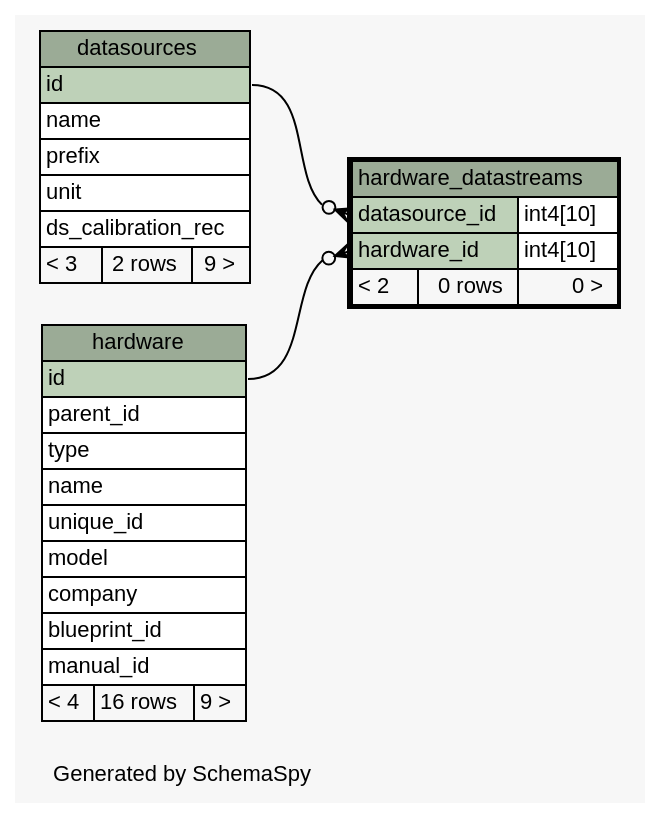
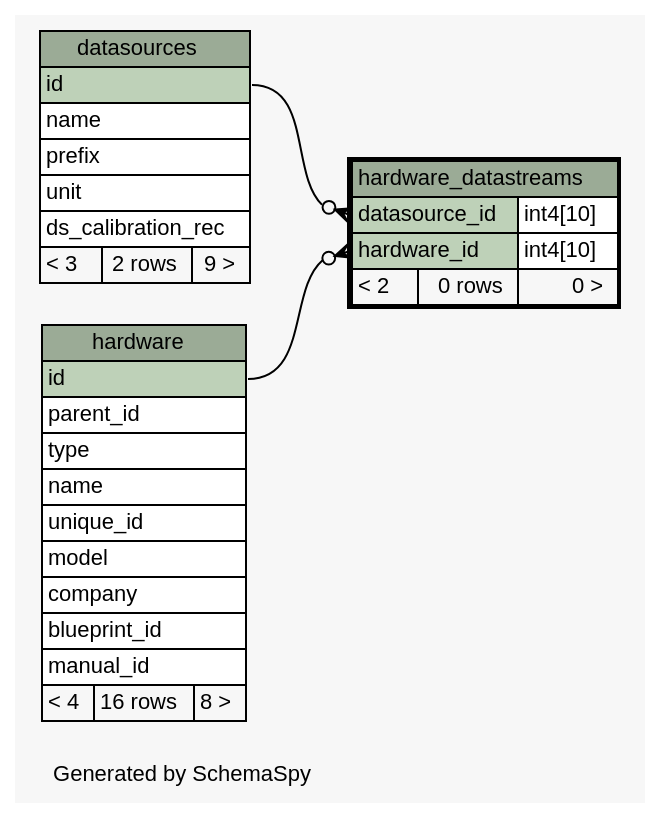
The diagram in database/ss/diagrams/hardware_datastreams.1degree.dot (tgbugs/mlab), drawn with Graphviz before and after one commit. The commit also changed 215 other files, not shown here.

```diff
--- a/database/ss/diagrams/hardware_datastreams.1degree.dot
+++ b/database/ss/diagrams/hardware_datastreams.1degree.dot
@@ -1,67 +1,67 @@
 // dot 2.32.0 on Windows 7 6.1
 // SchemaSpy rev 590
 digraph "oneDegreeRelationshipsDiagram" {
   graph [
     rankdir="RL"
     bgcolor="#f7f7f7"
     label="\nGenerated by SchemaSpy"
     labeljust="l"
     nodesep="0.18"
     ranksep="0.46"
     fontname="Helvetica"
     fontsize="11"
   ];
   node [
     fontname="Helvetica"
     fontsize="11"
     shape="plaintext"
   ];
   edge [
     arrowsize="0.8"
   ];
   "hardware_datastreams":"datasource_id":w -> "datasources":"id":e [arrowhead=none dir=back arrowtail=crowodot];
   "hardware_datastreams":"hardware_id":w -> "hardware":"id":e [arrowhead=none dir=back arrowtail=crowodot];
   "datasources" [
     label=<
     <TABLE BORDER="0" CELLBORDER="1" CELLSPACING="0" BGCOLOR="#ffffff">
       <TR><TD COLSPAN="3" BGCOLOR="#9bab96" ALIGN="CENTER">datasources</TD></TR>
       <TR><TD PORT="id" COLSPAN="3" BGCOLOR="#bed1b8" ALIGN="LEFT">id</TD></TR>
       <TR><TD PORT="name" COLSPAN="3" ALIGN="LEFT">name</TD></TR>
       <TR><TD PORT="prefix" COLSPAN="3" ALIGN="LEFT">prefix</TD></TR>
       <TR><TD PORT="unit" COLSPAN="3" ALIGN="LEFT">unit</TD></TR>
       <TR><TD PORT="ds_calibration_rec" COLSPAN="3" ALIGN="LEFT">ds_calibration_rec</TD></TR>
       <TR><TD ALIGN="LEFT" BGCOLOR="#f7f7f7">&lt; 3</TD><TD ALIGN="RIGHT" BGCOLOR="#f7f7f7">2 rows</TD><TD ALIGN="RIGHT" BGCOLOR="#f7f7f7">9 &gt;</TD></TR>
     </TABLE>>
     URL="datasources.html"
     tooltip="datasources"
   ];
   "hardware" [
     label=<
     <TABLE BORDER="0" CELLBORDER="1" CELLSPACING="0" BGCOLOR="#ffffff">
       <TR><TD COLSPAN="3" BGCOLOR="#9bab96" ALIGN="CENTER">hardware</TD></TR>
       <TR><TD PORT="id" COLSPAN="3" BGCOLOR="#bed1b8" ALIGN="LEFT">id</TD></TR>
       <TR><TD PORT="parent_id" COLSPAN="3" ALIGN="LEFT">parent_id</TD></TR>
       <TR><TD PORT="type" COLSPAN="3" ALIGN="LEFT">type</TD></TR>
       <TR><TD PORT="name" COLSPAN="3" ALIGN="LEFT">name</TD></TR>
       <TR><TD PORT="unique_id" COLSPAN="3" ALIGN="LEFT">unique_id</TD></TR>
       <TR><TD PORT="model" COLSPAN="3" ALIGN="LEFT">model</TD></TR>
       <TR><TD PORT="company" COLSPAN="3" ALIGN="LEFT">company</TD></TR>
       <TR><TD PORT="blueprint_id" COLSPAN="3" ALIGN="LEFT">blueprint_id</TD></TR>
       <TR><TD PORT="manual_id" COLSPAN="3" ALIGN="LEFT">manual_id</TD></TR>
-      <TR><TD ALIGN="LEFT" BGCOLOR="#f7f7f7">&lt; 4</TD><TD ALIGN="RIGHT" BGCOLOR="#f7f7f7">16 rows</TD><TD ALIGN="RIGHT" BGCOLOR="#f7f7f7">9 &gt;</TD></TR>
+      <TR><TD ALIGN="LEFT" BGCOLOR="#f7f7f7">&lt; 4</TD><TD ALIGN="RIGHT" BGCOLOR="#f7f7f7">16 rows</TD><TD ALIGN="RIGHT" BGCOLOR="#f7f7f7">8 &gt;</TD></TR>
     </TABLE>>
     URL="hardware.html"
     tooltip="hardware"
   ];
   "hardware_datastreams" [
     label=<
     <TABLE BORDER="2" CELLBORDER="1" CELLSPACING="0" BGCOLOR="#ffffff">
       <TR><TD COLSPAN="3" BGCOLOR="#9bab96" ALIGN="CENTER">hardware_datastreams</TD></TR>
       <TR><TD PORT="datasource_id" COLSPAN="2" BGCOLOR="#bed1b8" ALIGN="LEFT">datasource_id</TD><TD PORT="datasource_id.type" ALIGN="LEFT">int4[10]</TD></TR>
       <TR><TD PORT="hardware_id" COLSPAN="2" BGCOLOR="#bed1b8" ALIGN="LEFT">hardware_id</TD><TD PORT="hardware_id.type" ALIGN="LEFT">int4[10]</TD></TR>
       <TR><TD ALIGN="LEFT" BGCOLOR="#f7f7f7">&lt; 2</TD><TD ALIGN="RIGHT" BGCOLOR="#f7f7f7">0 rows</TD><TD ALIGN="RIGHT" BGCOLOR="#f7f7f7">0 &gt;</TD></TR>
     </TABLE>>
     URL="hardware_datastreams.html"
     tooltip="hardware_datastreams"
   ];
 }
```
